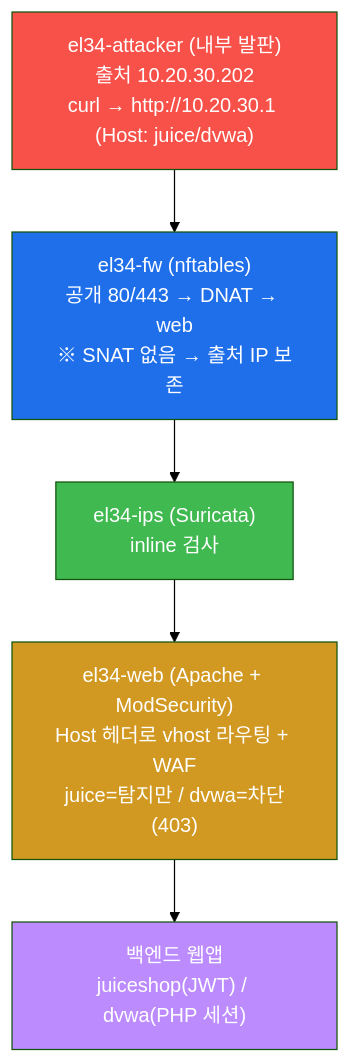
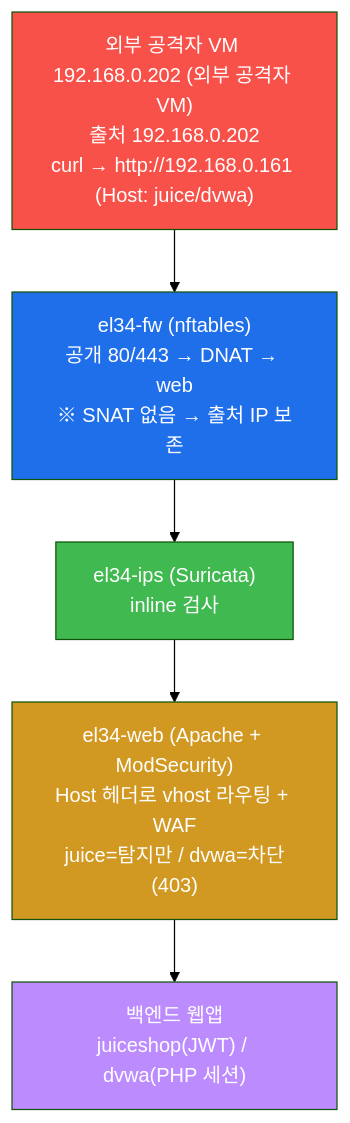
One commit to mrgrit/tw2 changed the sixth of 8 diagrams in contents/training/web-vuln/lecture_week04.md. Above: the diagram before and after it, drawn with Mermaid (forest theme). The commit also changed other lines of this file and 304 other files, not shown here.

````diff
--- a/contents/training/web-vuln/lecture_week04.md
+++ b/contents/training/web-vuln/lecture_week04.md
@@ -408,14 +408,14 @@
 ```mermaid
 graph TD
-    ATK["el34-attacker (내부 발판)<br/>출처 10.20.30.202<br/>curl → http://10.20.30.1 (Host: juice/dvwa)"]
+    ATK["외부 공격자 VM 192.168.0.202 (외부 공격자 VM)<br/>출처 192.168.0.202<br/>curl → http://192.168.0.161 (Host: juice/dvwa)"]
     FW["el34-fw (nftables)<br/>공개 80/443 → DNAT → web<br/>※ SNAT 없음 → 출처 IP 보존"]
     IPS["el34-ips (Suricata)<br/>inline 검사"]
     WEB["el34-web (Apache + ModSecurity)<br/>Host 헤더로 vhost 라우팅 + WAF<br/>juice=탐지만 / dvwa=차단(403)"]
     APP["백엔드 웹앱<br/>juiceshop(JWT) / dvwa(PHP 세션)"]
     ATK --> FW --> IPS --> WEB --> APP
     style ATK fill:#f85149,color:#fff
     style FW fill:#1f6feb,color:#fff
     style IPS fill:#3fb950,color:#fff
     style WEB fill:#d29922,color:#fff
     style APP fill:#bc8cff,color:#fff
 ```
````
